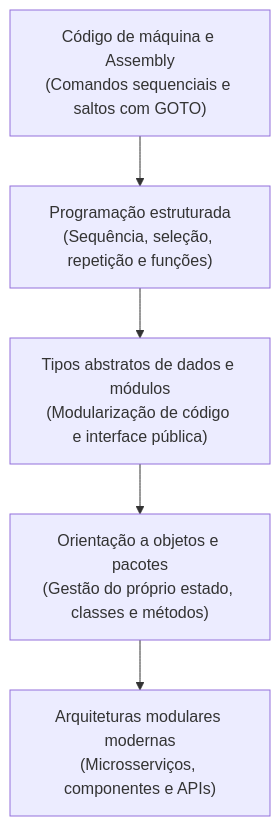
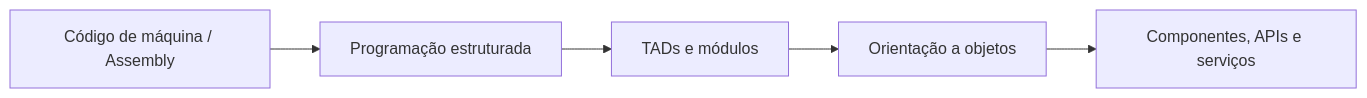
Before and after one commit to leorruas/puc: the second of 3 diagrams in 01. Programacao Modular/01. Introdução à programação modular.md, drawn with Mermaid. The commit also changed other lines of this file, not shown here.

Commit message:
Normaliza Mermaid introdutórios de Programação Modular

````diff
--- a/01. Programacao Modular/01. Introdução à programação modular.md
+++ b/01. Programacao Modular/01. Introdução à programação modular.md
@@ -92,13 +92,13 @@
 ```mermaid
-flowchart TD
-    A["Código de máquina e Assembly<br>(Comandos sequenciais e saltos com GOTO)"]
-    B["Programação estruturada<br>(Sequência, seleção, repetição e funções)"]
-    C["Tipos abstratos de dados e módulos<br>(Modularização de código e interface pública)"]
-    D["Orientação a objetos e pacotes<br>(Gestão do próprio estado, classes e métodos)"]
-    E["Arquiteturas modulares modernas<br>(Microsserviços, componentes e APIs)"]
+flowchart LR
+    Maquina["Código de máquina / Assembly"]:::external
+    Estruturada["Programação estruturada"]:::component
+    TAD["TADs e módulos"]:::data
+    OO["Orientação a objetos"]:::component
+    Arquiteturas["Componentes, APIs e serviços"]:::core
 
-    A --> B
-    B --> C
-    C --> D
-    D --> E
+    Maquina --> Estruturada
+    Estruturada --> TAD
+    TAD --> OO
+    OO --> Arquiteturas
 ```
````
